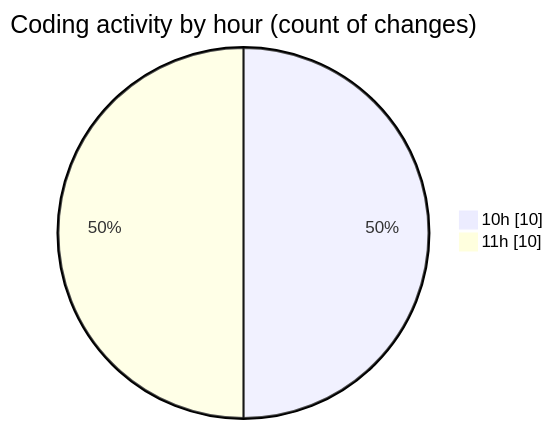
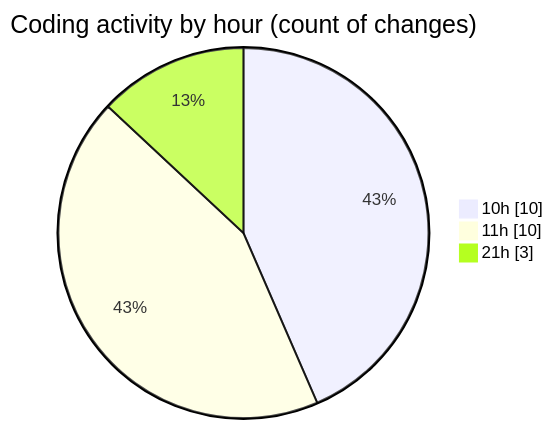
Before and after one commit to donsfak/code-tracking: the second of 2 diagrams in 2025-02-18/uber_clone/README.md, drawn with Mermaid. The commit also changed other lines of this file and 1 other file, not shown here.

````diff
--- a/2025-02-18/uber_clone/README.md
+++ b/2025-02-18/uber_clone/README.md
@@ -29,6 +33,7 @@
 ```mermaid
 pie showData
 title Coding activity by hour (count of changes)
 "10h" : 10
 "11h" : 10
+"21h" : 3
 ```
````
